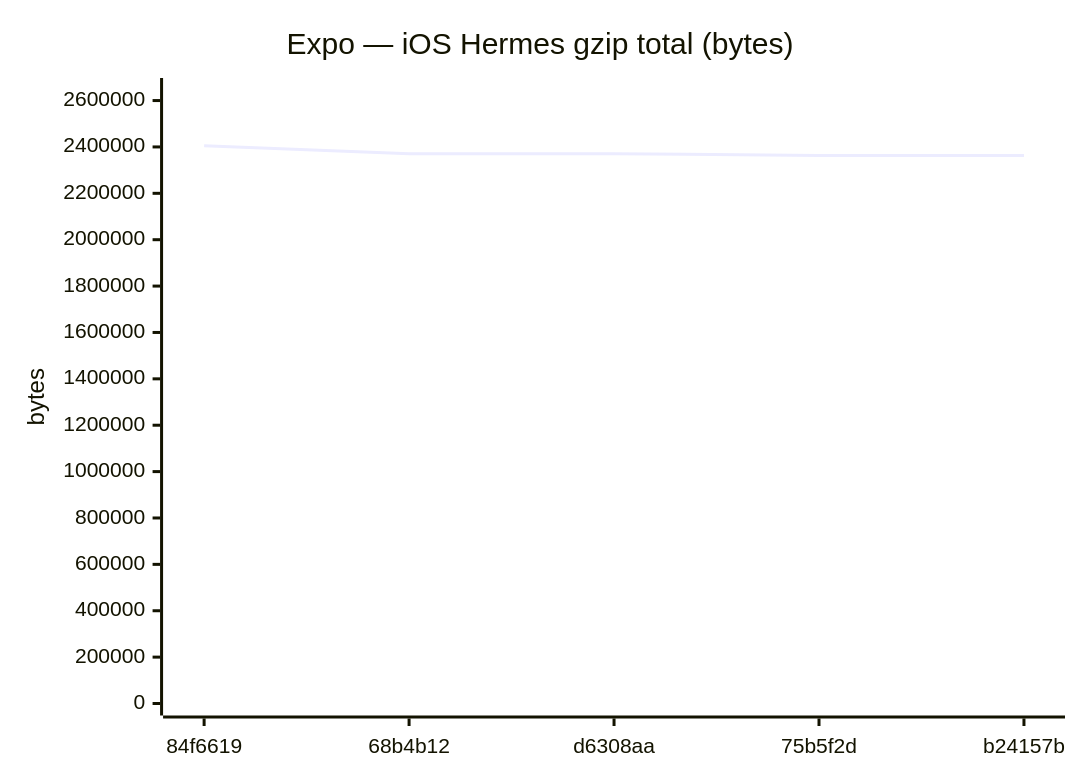
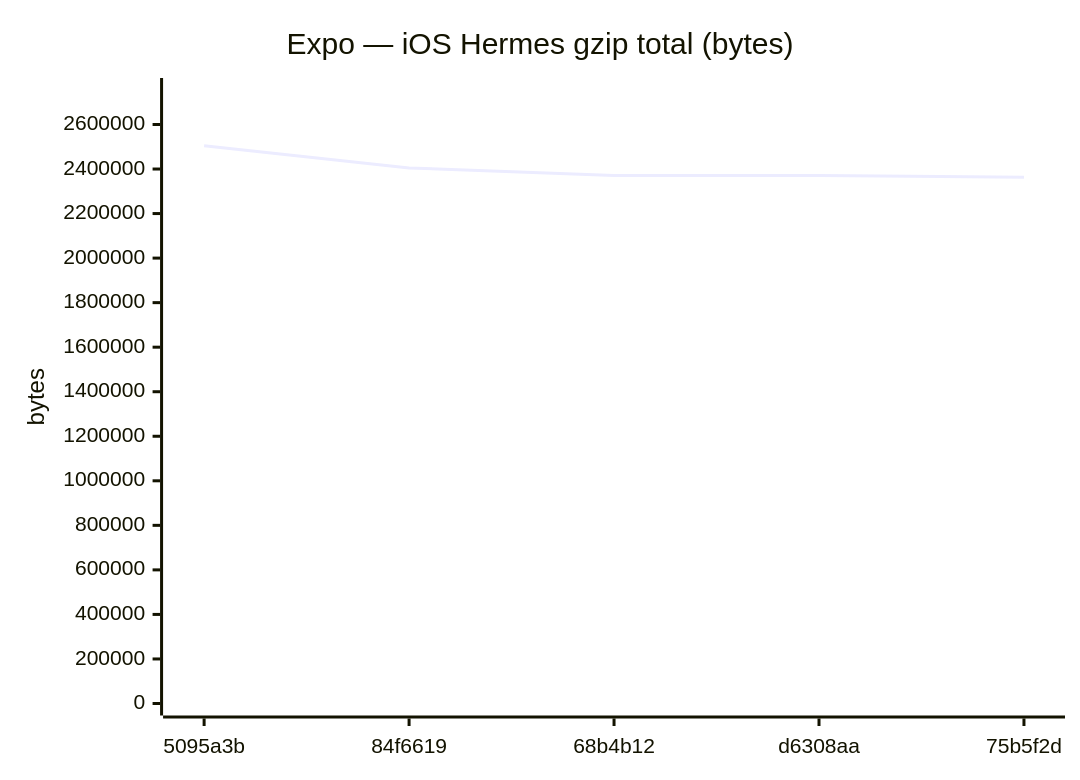
Before and after one commit to Metaheurist/Rianell: diagram 12 of 18 in benchmarks/compare.md, drawn with Mermaid. The commit also changed other lines of this file and 11 other files, not shown here.

````diff
--- a/benchmarks/compare.md
+++ b/benchmarks/compare.md
@@ -179,7 +179,7 @@
 ```mermaid
 xychart-beta
     title "Expo — iOS Hermes gzip total (bytes)"
-    x-axis ["84f6619", "68b4b12", "d6308aa", "75b5f2d", "b24157b"]
-    y-axis "bytes" 0 --> 2645527
-    line [2405024, 2370491, 2370493, 2363429, 2363431]
+    x-axis ["5095a3b", "84f6619", "68b4b12", "d6308aa", "75b5f2d"]
+    y-axis "bytes" 0 --> 2754842
+    line [2504401, 2405024, 2370491, 2370493, 2363429]
 ```
````
